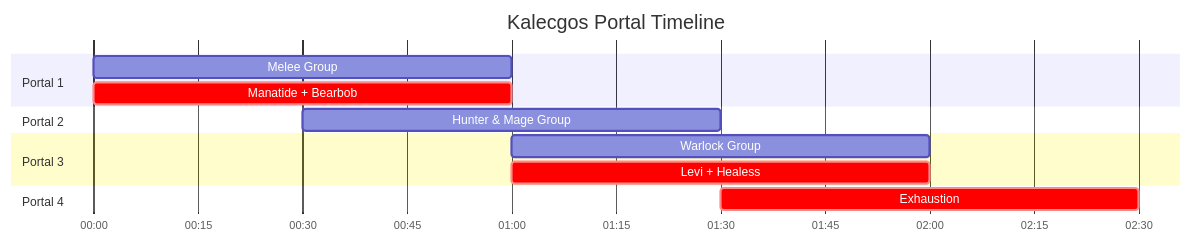
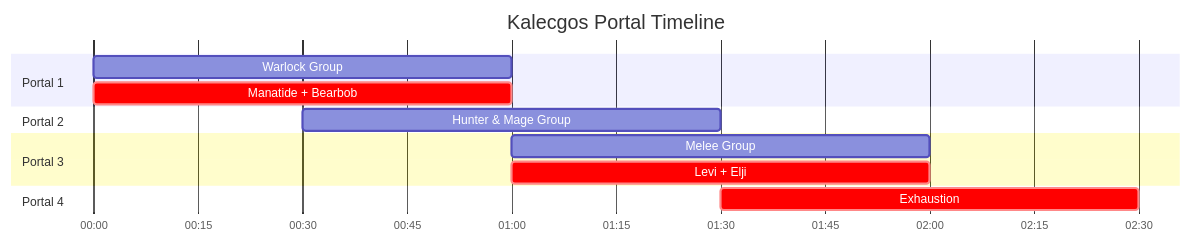
Before and after one commit to leemWF/READMEVault: the second of 11 diagrams in wepulled/swp/README.md, drawn with Mermaid. The commit also changed other lines of this file, not shown here.

````diff
--- a/wepulled/swp/README.md
+++ b/wepulled/swp/README.md
@@ -20,20 +21,20 @@
 ```mermaid
 gantt
     title Kalecgos Portal Timeline
     dateFormat  mm:ss
     axisFormat %M:%S
 
     section Portal 1
-    Melee Group           :p1, 00:00, 1m
+    Warlock Group           :p1, 00:00, 1m
     Manatide + Bearbob     :crit, 00:00, 1m
     
     section Portal 2
     Hunter & Mage Group      :p2, 00:30, 1m
 
     section Portal 3
-    Warlock Group    :p3, 01:00, 1m
-    Levi +  Healess     :crit, 01:00, 1m
+    Melee Group    :p3, 01:00, 1m
+    Levi +  Elji     :crit, 01:00, 1m
 
     section Portal 4
     Exhaustion      :crit, p4, 01:30, 1m
 ```
````
